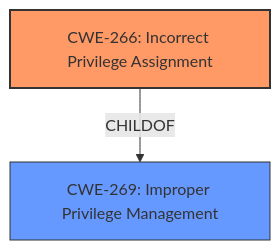
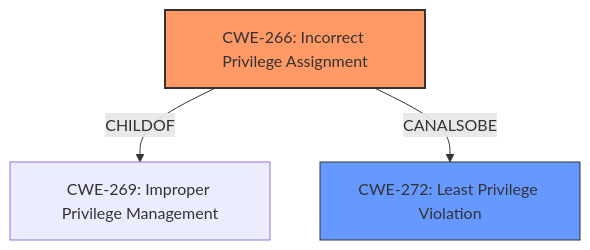
The diagram in CVE-2021-1732/CVE-2021-1732_analysis.md (CyberSecAI/cwe_agent_assign_reports_2023), drawn with Mermaid before and after one commit. The commit also changed other lines of this file and 902 other files, not shown here.

````diff
--- a/CVE-2021-1732/CVE-2021-1732_analysis.md
+++ b/CVE-2021-1732/CVE-2021-1732_analysis.md
@@ -17,12 +17,15 @@
 ```mermaid
 graph TD
     cwe266["CWE-266: Incorrect Privilege Assignment"]
+    cwe272["CWE-272: Least Privilege Violation"]
     cwe269["CWE-269: Improper Privilege Management"]
     
     cwe266 -->|CHILDOF| cwe269
-    
+    cwe266 -- CANALSOBE --> cwe272
+
     classDef primary fill:#f96,stroke:#333,stroke-width:2px
     classDef secondary fill:#69f,stroke:#333
+    classDef tertiary fill:#9e9,stroke:#333
     class cwe266 primary
-    class cwe269 secondary
+    class cwe272 secondary
 ```
````
